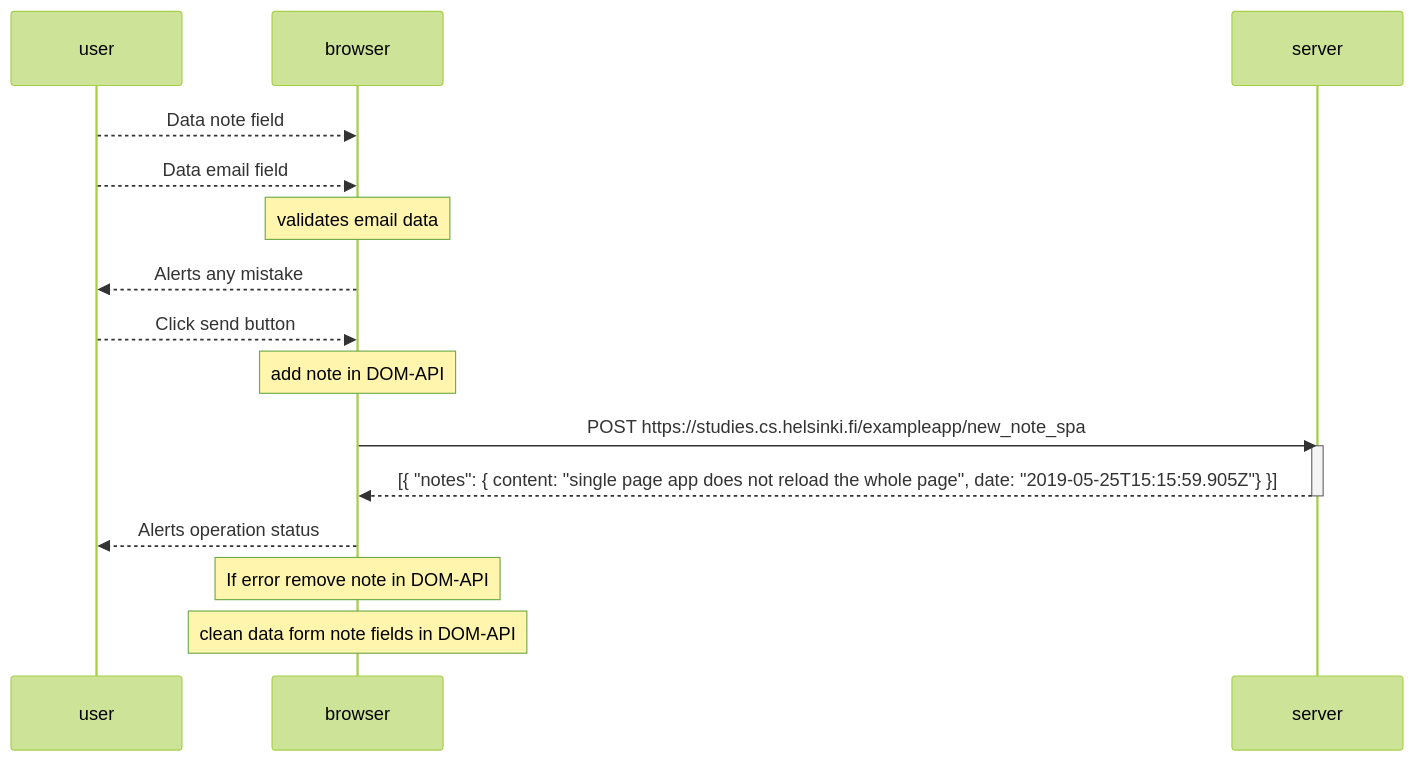
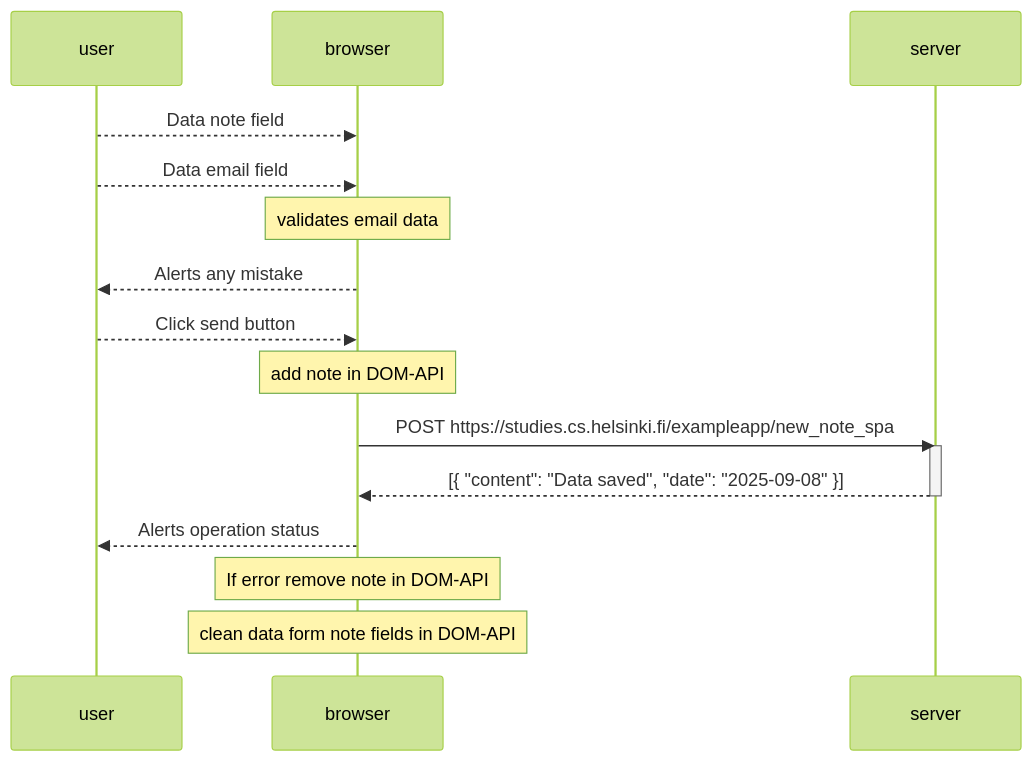
The diagram in secuenceDiagramNewNoteSPA.md (renecrapaud/frontEnd-bootcamp), drawn with Mermaid (forest theme) before and after one commit.

Commit message:
Markdown file with sequence diagram to new note flow in SPA.

````diff
--- a/secuenceDiagramNewNoteSPA.md
+++ b/secuenceDiagramNewNoteSPA.md
@@ -1,22 +1,22 @@
 ```mermaid
     sequenceDiagram
         participant user
         participant browser
         participant server
 
         user-->>browser: Data note field
         user-->>browser: Data email field
         Note over browser: validates email data 
         browser-->>user: Alerts any mistake
         user-->>browser: Click send button
         Note over browser: add note in DOM-API
 
         browser->>server: POST https://studies.cs.helsinki.fi/exampleapp/new_note_spa
         activate server
-        server-->>browser: [{ "notes": { content: "single page app does not reload the whole page", date: "2019-05-25T15:15:59.905Z"} }]
+        server-->>browser: [{ "content": "Data saved", "date": "2025-09-08" }]
         deactivate server
 
         browser-->>user: Alerts operation status
         Note over browser: If error remove note in DOM-API
         Note over browser: clean data form note fields in DOM-API
 ```
````
